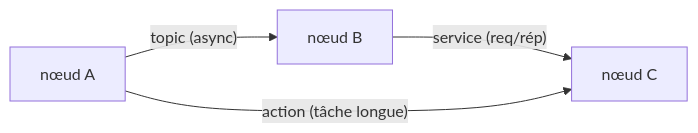
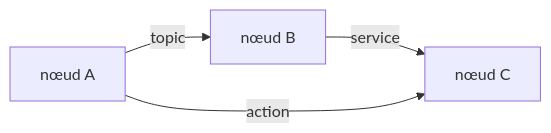
One commit to EtienneSchmitz/ros2_course changed the first of 2 diagrams in apps/slides/jour1/slides.md. Above: the diagram before and after it, drawn with Mermaid. The commit also changed other lines of this file and 29 other files, not shown here.

````diff
--- a/apps/slides/jour1/slides.md
+++ b/apps/slides/jour1/slides.md
@@ -144,6 +455,6 @@
 ```mermaid
 flowchart LR
-  A["nœud A"] -->|"topic (async)"| B["nœud B"]
-  B -->|"service (req/rép)"| C["nœud C"]
-  A -->|"action (tâche longue)"| C
+  A["nœud A"] -->|"topic"| B["nœud B"]
+  B -->|"service"| C["nœud C"]
+  A -->|"action"| C
 ```
````
